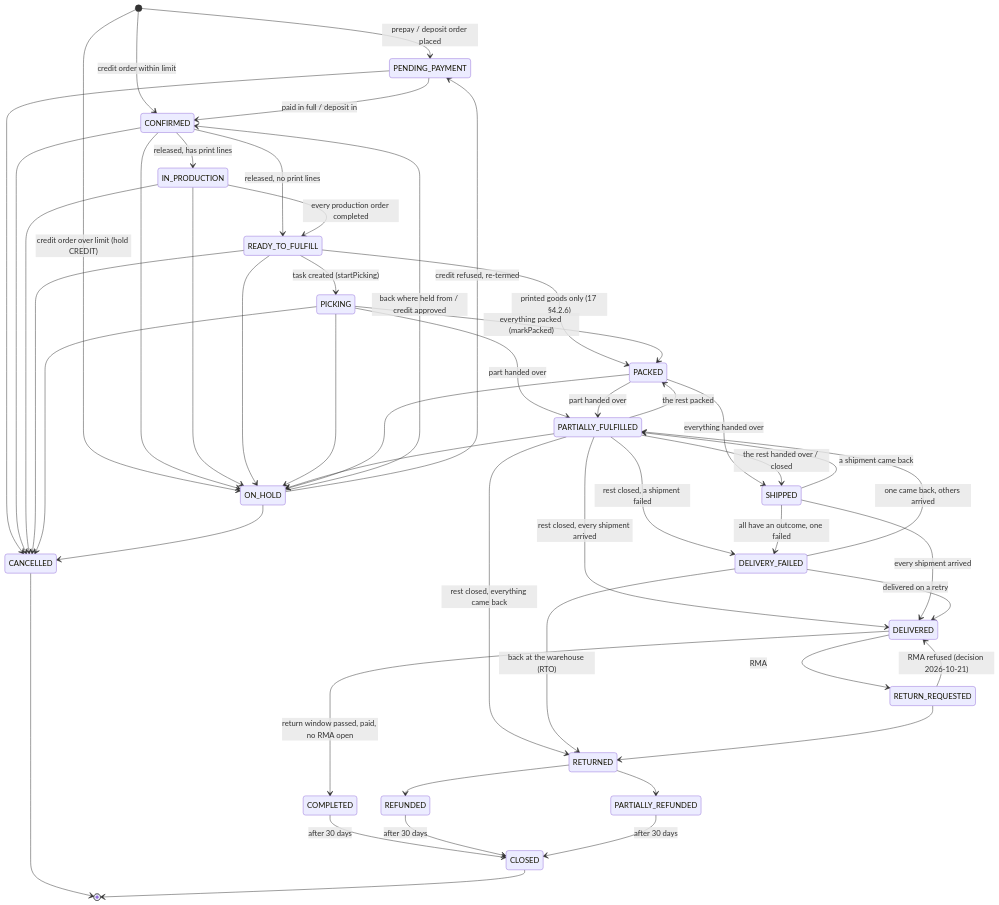
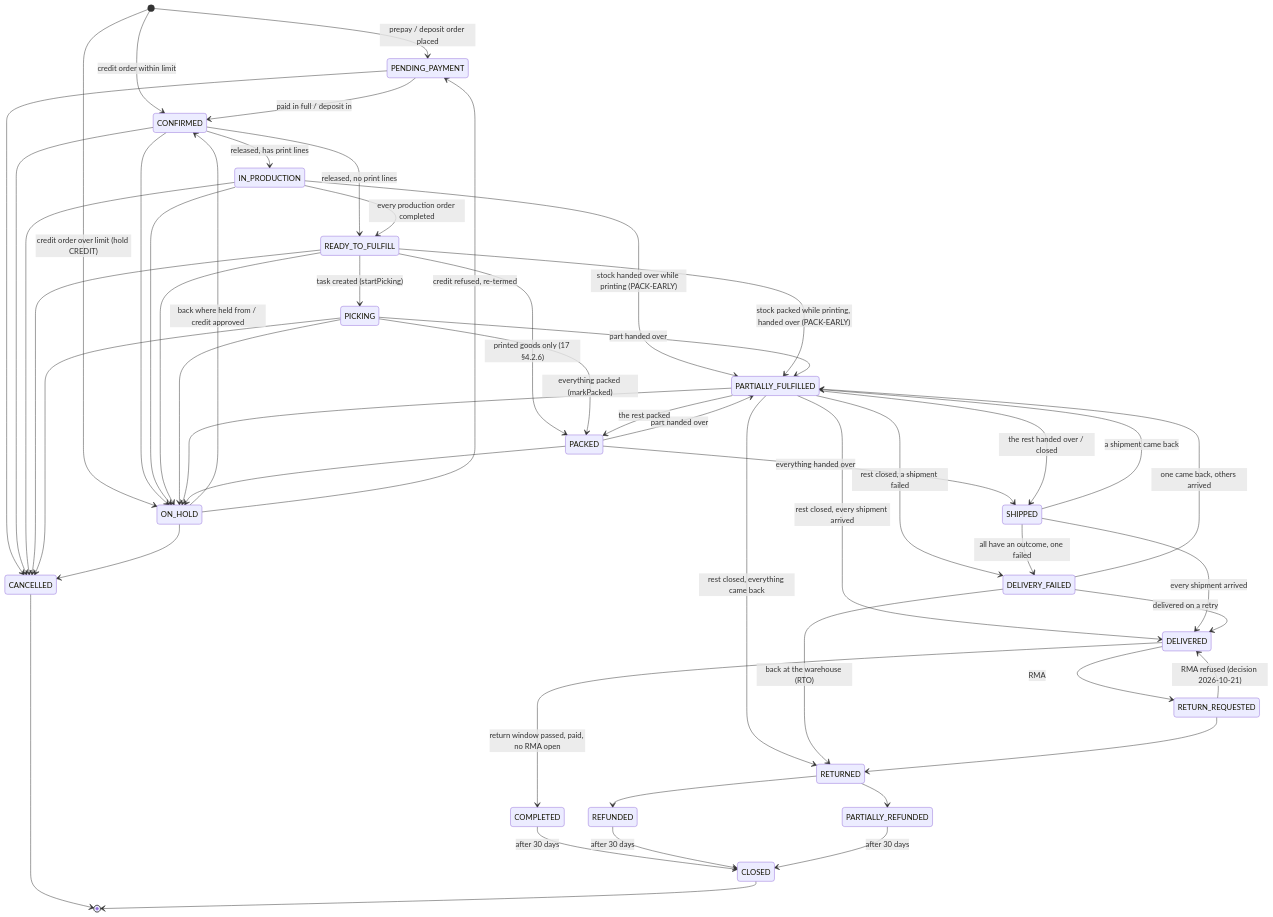
One commit to KLTN-FA26/be-backoffice-stockflow-commerce changed the ninth of 18 diagrams in docs/business-design/03-state-machines.md. Above: the diagram before and after it, drawn with Mermaid. The commit also changed other lines of this file and 61 other files, not shown here.

````diff
--- a/docs/business-design/03-state-machines.md
+++ b/docs/business-design/03-state-machines.md
@@ -346,52 +346,54 @@
 ```mermaid
 stateDiagram-v2
     [*] --> PENDING_PAYMENT: prepay / deposit order placed
     [*] --> CONFIRMED: credit order within limit
     [*] --> ON_HOLD: credit order over limit (hold CREDIT)
     PENDING_PAYMENT --> CONFIRMED: paid in full / deposit in
     CONFIRMED --> IN_PRODUCTION: released, has print lines
     CONFIRMED --> READY_TO_FULFILL: released, no print lines
     IN_PRODUCTION --> READY_TO_FULFILL: every production order completed
+    IN_PRODUCTION --> PARTIALLY_FULFILLED: stock handed over while printing (PACK-EARLY)
+    READY_TO_FULFILL --> PARTIALLY_FULFILLED: stock packed while printing, handed over (PACK-EARLY)
     READY_TO_FULFILL --> PICKING: task created (startPicking)
     READY_TO_FULFILL --> PACKED: printed goods only (17 §4.2.6)
     PICKING --> PACKED: everything packed (markPacked)
     PICKING --> PARTIALLY_FULFILLED: part handed over
     PACKED --> PARTIALLY_FULFILLED: part handed over
     PACKED --> SHIPPED: everything handed over
     PARTIALLY_FULFILLED --> PACKED: the rest packed
     PARTIALLY_FULFILLED --> SHIPPED: the rest handed over / closed
     PARTIALLY_FULFILLED --> DELIVERED: rest closed, every shipment arrived
     PARTIALLY_FULFILLED --> DELIVERY_FAILED: rest closed, a shipment failed
     PARTIALLY_FULFILLED --> RETURNED: rest closed, everything came back
     SHIPPED --> DELIVERED: every shipment arrived
     SHIPPED --> DELIVERY_FAILED: all have an outcome, one failed
     SHIPPED --> PARTIALLY_FULFILLED: a shipment came back
     DELIVERY_FAILED --> DELIVERED: delivered on a retry
     DELIVERY_FAILED --> RETURNED: back at the warehouse (RTO)
     DELIVERY_FAILED --> PARTIALLY_FULFILLED: one came back, others arrived
     DELIVERED --> COMPLETED: return window passed, paid, no RMA open
     DELIVERED --> RETURN_REQUESTED: RMA
     RETURN_REQUESTED --> RETURNED
     RETURN_REQUESTED --> DELIVERED: RMA refused (decision 2026-10-21)
     RETURNED --> REFUNDED
     RETURNED --> PARTIALLY_REFUNDED
     COMPLETED --> CLOSED: after 30 days
     REFUNDED --> CLOSED: after 30 days
     PARTIALLY_REFUNDED --> CLOSED: after 30 days
     CONFIRMED --> ON_HOLD
     IN_PRODUCTION --> ON_HOLD
     READY_TO_FULFILL --> ON_HOLD
     PICKING --> ON_HOLD
     PARTIALLY_FULFILLED --> ON_HOLD
     PACKED --> ON_HOLD
     ON_HOLD --> CONFIRMED: back where held from / credit approved
     ON_HOLD --> PENDING_PAYMENT: credit refused, re-termed
     PENDING_PAYMENT --> CANCELLED
     CONFIRMED --> CANCELLED
     IN_PRODUCTION --> CANCELLED
     READY_TO_FULFILL --> CANCELLED
     PICKING --> CANCELLED
     ON_HOLD --> CANCELLED
     CANCELLED --> [*]
     CLOSED --> [*]
 ```
````
